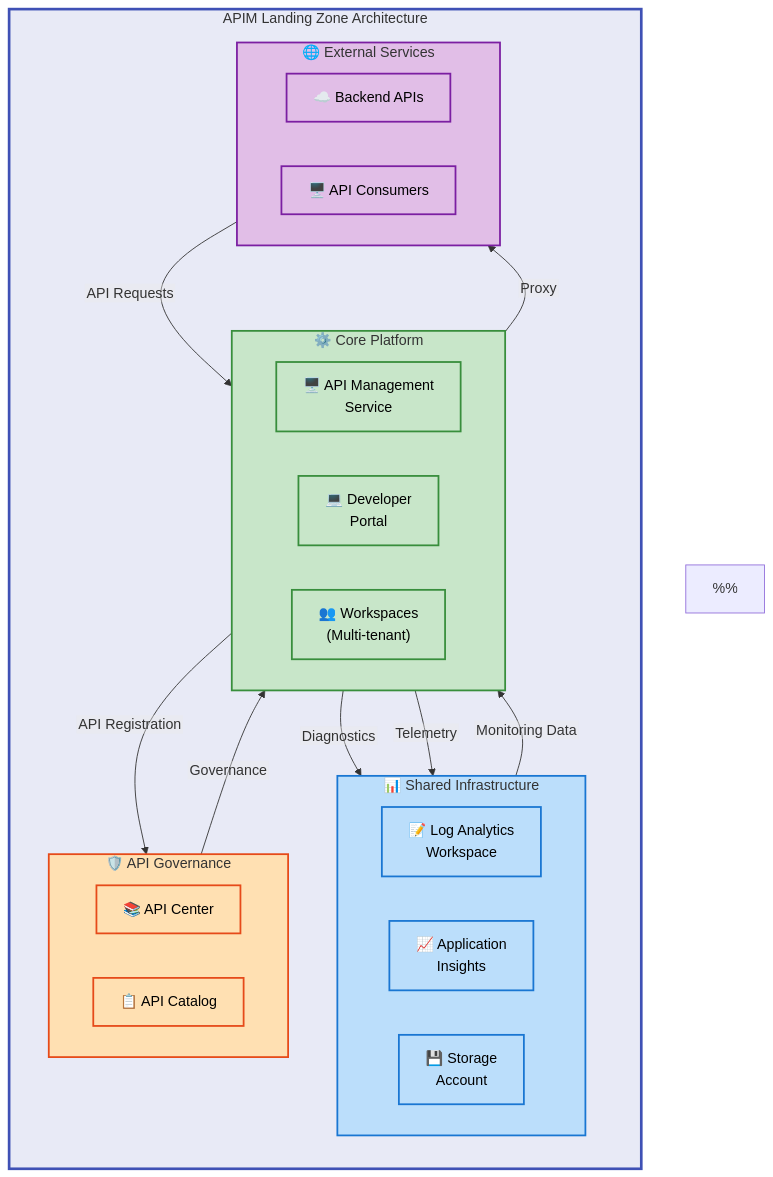
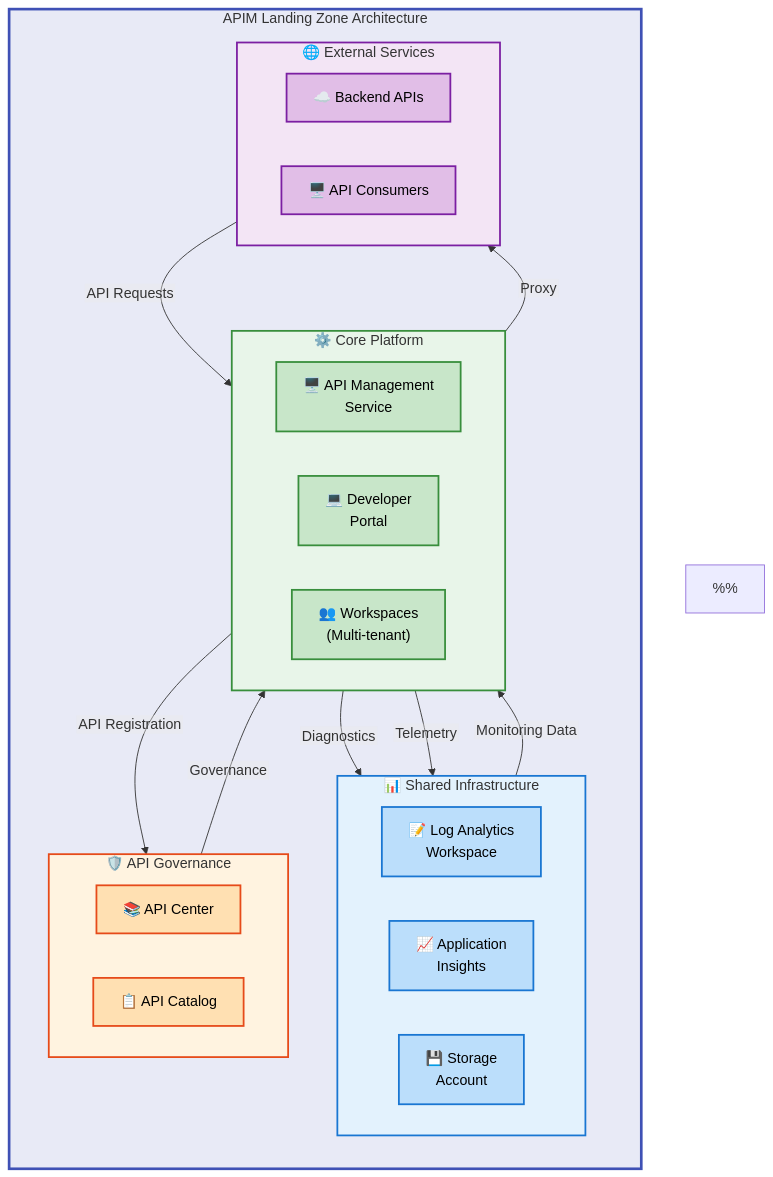
One commit to Evilazaro/APIM-Accelerator changed the diagram in README.md. Above: the diagram before and after it, drawn with Mermaid.

Commit message:
Update flowchart styles in README.md for improved visual consistency and clarity

````diff
--- a/README.md
+++ b/README.md
@@ -41,82 +41,82 @@
 ```mermaid
 %%{init: {"flowchart": {"htmlLabels": false}} }%%
 flowchart TB
     %% ============================================
     %% STANDARD COLOR SCHEME - DO NOT MODIFY
     %% ============================================
     %% Main Group Level (Neutral background)
     classDef mainGroup fill:#E8EAF6,stroke:#3F51B5,stroke-width:3px,color:#000
 
     %% Sub Group Level (Semantic colors for functional siblings)
     classDef mdBlue fill:#BBDEFB,stroke:#1976D2,stroke-width:2px,color:#000
     classDef mdGreen fill:#C8E6C9,stroke:#388E3C,stroke-width:2px,color:#000
     classDef mdOrange fill:#FFE0B2,stroke:#E64A19,stroke-width:2px,color:#000
     classDef mdPurple fill:#E1BEE7,stroke:#7B1FA2,stroke-width:2px,color:#000
     classDef mdTeal fill:#B2DFDB,stroke:#00796B,stroke-width:2px,color:#000
     classDef mdYellow fill:#FFF9C4,stroke:#F57F17,stroke-width:2px,color:#000
     %% ============================================
     %% COLOR SCHEME DOCUMENTATION
     %% ============================================
     %% Level 1 (Main Container): Indigo 50 (#E8EAF6)
     %%   - Used for: Top-level system container
     %%   - Purpose: Visual hierarchy and architectural boundary
     %%   - Stroke: Indigo 500 (#3F51B5), 3px
     %%
     %% Level 2 (Functional Siblings): Semantic colors
     %%   - Shared Infrastructure (Monitoring): Blue (#BBDEFB)
     %%   - Core Platform (API Services): Green (#C8E6C9)
     %%   - API Governance (Management): Orange (#FFE0B2)
     %%   - External Services (Integration): Purple (#E1BEE7)
     %%
     %% Icons: Font Awesome semantic icons for clarity
     %%   - fa:fa-file-text (Logs), fa:fa-chart-line (Insights)
     %%   - fa:fa-server (API), fa:fa-code (Portal)
     %%   - fa:fa-book (Center), fa:fa-cloud (Backends)
     %% ============================================
 
     subgraph system["APIM Landing Zone Architecture"]
         direction TB
 
         subgraph shared["📊 Shared Infrastructure"]
             direction LR
             logs["📝 Log Analytics<br/>Workspace"]:::mdBlue
             insights["📈 Application<br/>Insights"]:::mdBlue
             storage["💾 Storage<br/>Account"]:::mdBlue
         end
 
         subgraph core["⚙️ Core Platform"]
             direction LR
             apim["🖥️ API Management<br/>Service"]:::mdGreen
             devportal["💻 Developer<br/>Portal"]:::mdGreen
             workspaces["👥 Workspaces<br/>(Multi-tenant)"]:::mdGreen
         end
 
         subgraph inventory["🛡️ API Governance"]
             direction LR
             apicenter["📚 API Center"]:::mdOrange
             catalog["📋 API Catalog"]:::mdOrange
         end
 
         subgraph external["🌐 External Services"]
             direction LR
             backends["☁️ Backend APIs"]:::mdPurple
             clients["🖥️ API Consumers"]:::mdPurple
         end
 
         %% Relationships with descriptive labels
         shared -->|Monitoring Data| core
         core -->|API Registration| inventory
         clients -->|API Requests| apim
         apim -->|Proxy| backends
         apim -->|Diagnostics| logs
         apim -->|Telemetry| insights
         apicenter -->|Governance| apim
     end
 
     %% Apply style directives to ALL subgraphs
     style system fill:#E8EAF6,stroke:#3F51B5,stroke-width:3px
-    style shared fill:#BBDEFB,stroke:#1976D2,stroke-width:2px
-    style core fill:#C8E6C9,stroke:#388E3C,stroke-width:2px
-    style inventory fill:#FFE0B2,stroke:#E64A19,stroke-width:2px
-    style external fill:#E1BEE7,stroke:#7B1FA2,stroke-width:2px
+    style shared fill:#E3F2FD,stroke:#1976D2,stroke-width:2px
+    style core fill:#E8F5E9,stroke:#388E3C,stroke-width:2px
+    style inventory fill:#FFF3E0,stroke:#E64A19,stroke-width:2px
+    style external fill:#F3E5F5,stroke:#7B1FA2,stroke-width:2px
 ```
````
